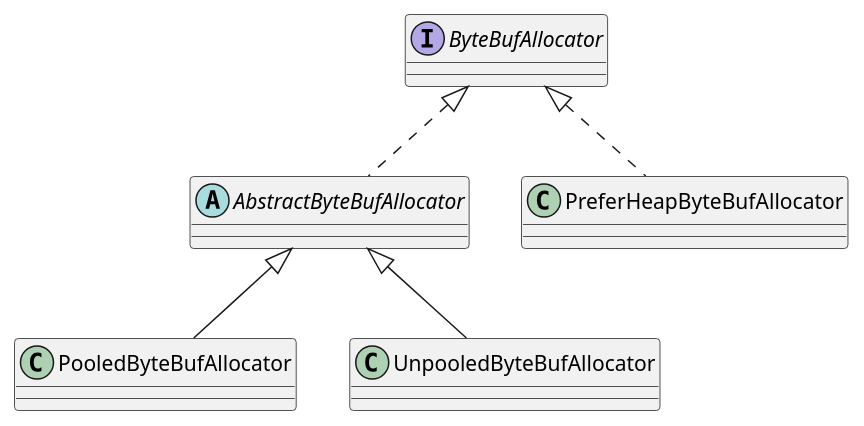
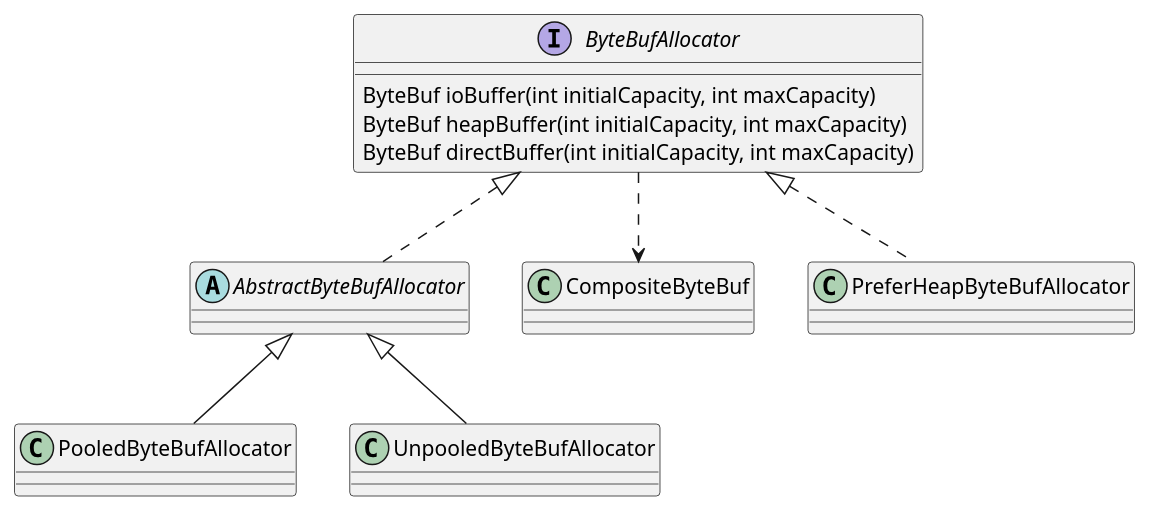
Before and after one commit to onlyonion/development: the diagram in 20-framework/src/netty/buffer/ByteBufAllocator.md, drawn with PlantUML. The commit also changed 6 other files, not shown here.

````diff
--- a/20-framework/src/netty/buffer/ByteBufAllocator.md
+++ b/20-framework/src/netty/buffer/ByteBufAllocator.md
@@ -13,18 +13,26 @@
 ```plantuml
 @startuml
 
-interface ByteBufAllocator
+interface ByteBufAllocator {
+    ByteBuf ioBuffer(int initialCapacity, int maxCapacity)
+    ByteBuf heapBuffer(int initialCapacity, int maxCapacity)
+    ByteBuf directBuffer(int initialCapacity, int maxCapacity)
+}
+
 ByteBufAllocator ^.. AbstractByteBufAllocator
+ByteBufAllocator ..> CompositeByteBuf
 
+
+''''''''''''''''''''''''分配器''''''''''''''''''''''''
 abstract class AbstractByteBufAllocator
 AbstractByteBufAllocator ^-- PooledByteBufAllocator
 AbstractByteBufAllocator ^-- UnpooledByteBufAllocator
 
 class PooledByteBufAllocator
 class UnpooledByteBufAllocator
  
 class PreferHeapByteBufAllocator
 ByteBufAllocator ^.. PreferHeapByteBufAllocator
 
 @enduml
 ```
````
